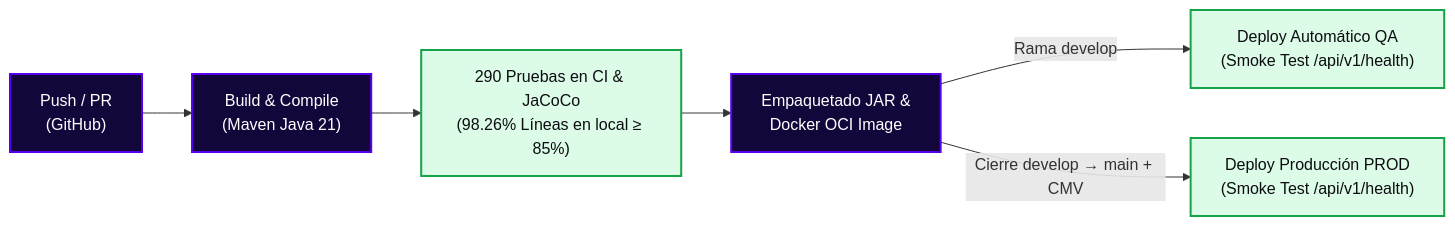
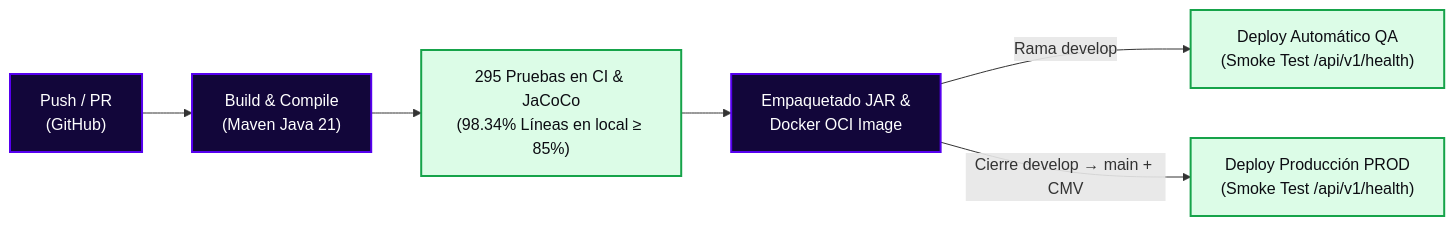
One commit to StyleRadar1/PT8080-Donations-Service changed the diagram in docs/readmes/10-cicd-pipeline.md. Above: the diagram before and after it, drawn with Mermaid. The commit also changed other lines of this file and 5 other files, not shown here.

````diff
--- a/docs/readmes/10-cicd-pipeline.md
+++ b/docs/readmes/10-cicd-pipeline.md
@@ -18,14 +18,14 @@
 ```mermaid
 flowchart LR
     A["Push / PR<br>(GitHub)"] --> B["Build & Compile<br>(Maven Java 21)"]
-    B --> C["290 Pruebas en CI & JaCoCo<br>(98.26% Líneas en local ≥ 85%)"]
+    B --> C["295 Pruebas en CI & JaCoCo<br>(98.34% Líneas en local ≥ 85%)"]
     C --> D["Empaquetado JAR &<br>Docker OCI Image"]
     D -->|Rama develop| E["Deploy Automático QA<br>(Smoke Test /api/v1/health)"]
     D -->|Cierre develop → main + CMV| F["Deploy Producción PROD<br>(Smoke Test /api/v1/health)"]
 
     classDef step fill:#12063A,stroke:#5600EF,stroke-width:2px,color:#FFFFFF;
     classDef pass fill:#DCFCE7,stroke:#16A34A,stroke-width:2px,color:#0C0C12;
 
     class A,B,D step;
     class C,E,F pass;
 ```
````
